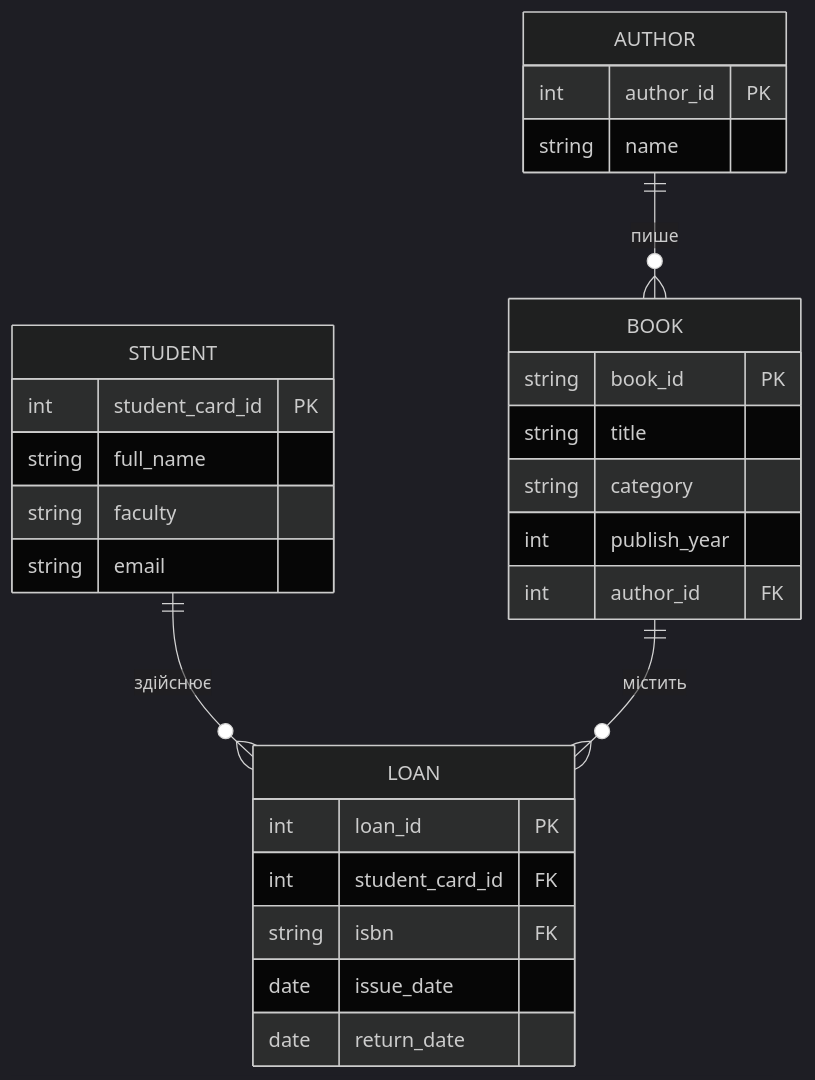
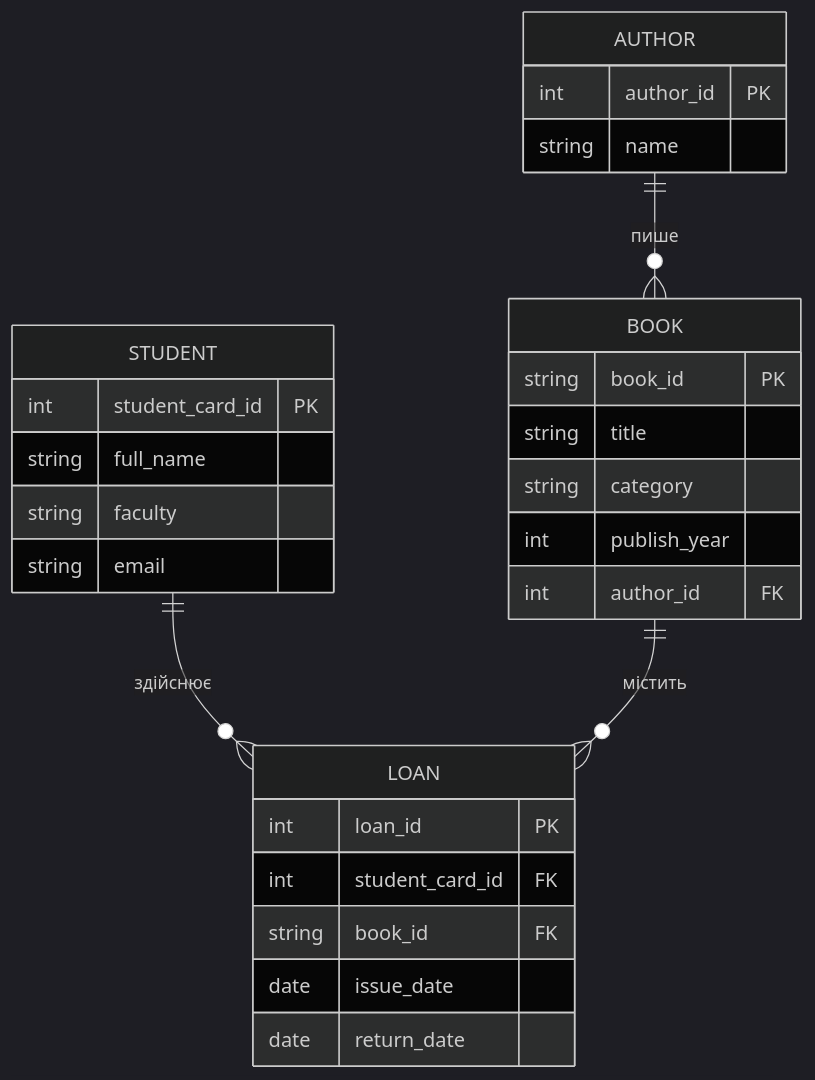
Before and after one commit to romchykk/DB: the diagram in Lab1.md, drawn with Mermaid (dark theme). The commit also changed other lines of this file, not shown here.

````diff
--- a/Lab1.md
+++ b/Lab1.md
@@ -42,31 +42,31 @@
 ```mermaid
 erDiagram
     STUDENT ||--o{ LOAN : "здійснює"
     BOOK ||--o{ LOAN : "містить"
     AUTHOR ||--o{ BOOK : "пише"
 
     STUDENT {
         int student_card_id PK
         string full_name
         string faculty
         string email
     }
     AUTHOR {
         int author_id PK
         string name
     }
     BOOK {
         string book_id PK
         string title
         string category
         int publish_year
         int author_id FK
     }
     LOAN {
         int loan_id PK
         int student_card_id FK
-        string isbn FK
+        string book_id FK
         date issue_date
         date return_date
     }
 ```
````
